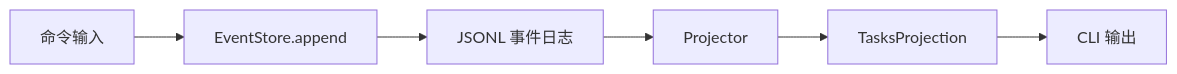
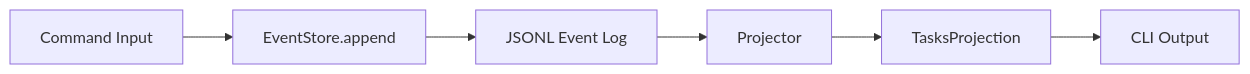
One commit to Adversarr/coauthor changed the second of 5 diagrams in docs/M0_STATUS.md. Above: the diagram before and after it, drawn with Mermaid. The commit also changed other lines of this file and 13 other files, not shown here.

````diff
--- a/docs/M0_STATUS.md
+++ b/docs/M0_STATUS.md
@@ -219,8 +219,8 @@
 ```mermaid
 graph LR
-    A[命令输入] --> B[EventStore.append]
-    B --> C[JSONL 事件日志]
+    A[Command Input] --> B[EventStore.append]
+    B --> C[JSONL Event Log]
     C --> D[Projector]
     D --> E[TasksProjection]
-    E --> G[CLI 输出]
+    E --> G[CLI Output]
 ```
````
